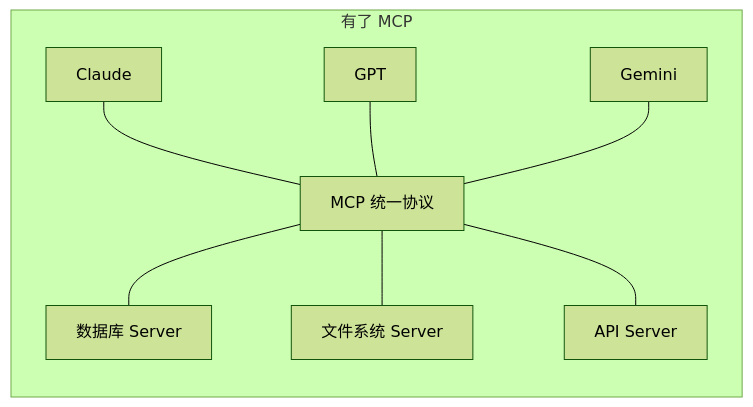
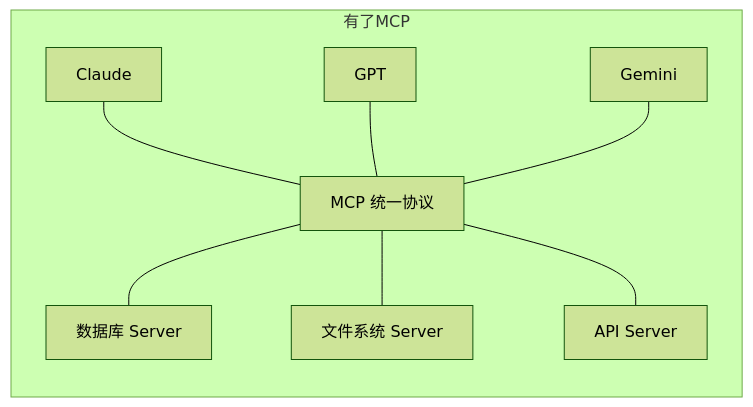
The second of 7 diagrams in content/zh/articles/mcp-guide.md (ifnodoraemon/ifnodoraemon.github.io), drawn with Mermaid (forest theme) before and after one commit. The commit also changed other lines of this file and 1 other file, not shown here.

First line of the commit message:
fix(articles): replace Mermaid & syntax with explicit connections

````diff
--- a/content/zh/articles/mcp-guide.md
+++ b/content/zh/articles/mcp-guide.md
@@ -26,9 +32,11 @@
 ```mermaid
 graph LR
-    subgraph 有了 MCP
-        B1["Claude"] & B2["GPT"] & B3["Gemini"] --- M["MCP 统一协议"]
+    subgraph 有了MCP
+        B1["Claude"] --- M["MCP 统一协议"]
+        B2["GPT"] --- M
+        B3["Gemini"] --- M
         M --- S1["数据库 Server"]
         M --- S2["文件系统 Server"]
         M --- S3["API Server"]
     end
 ```
````
